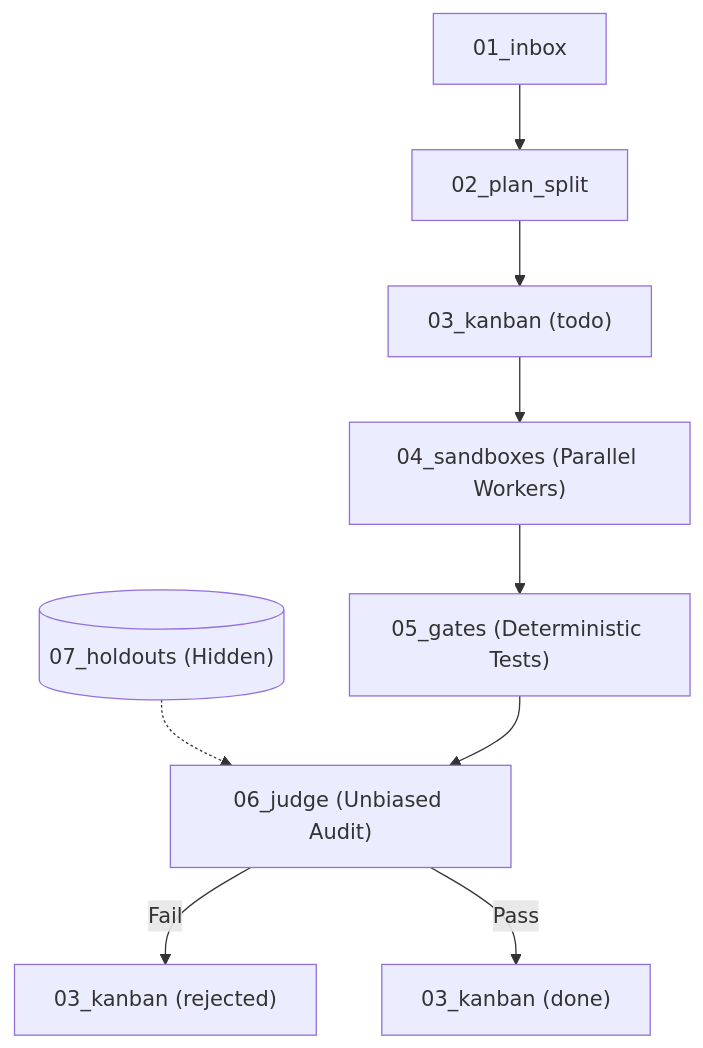
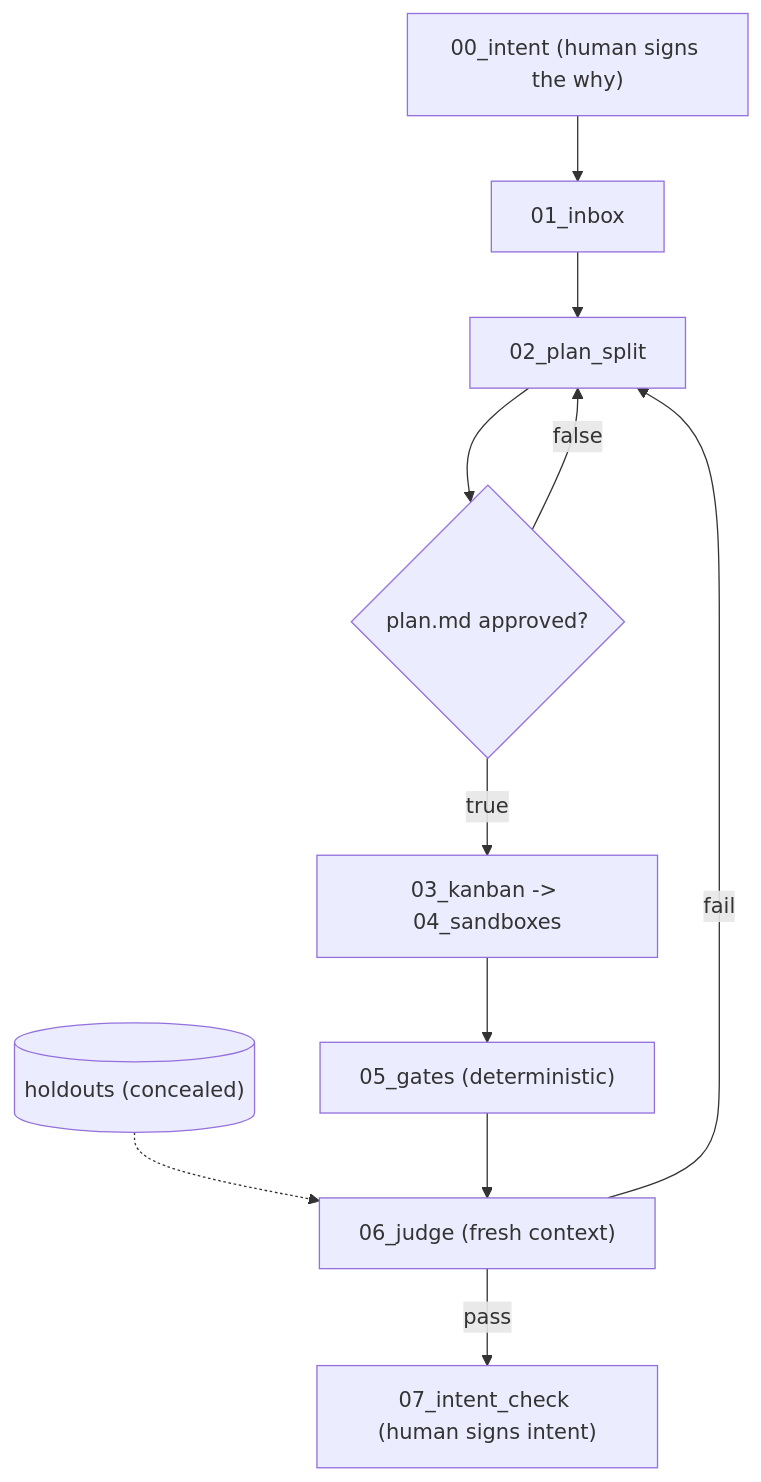
The diagram in icm-architect/assets/templates/agentic-factory/AGENTS.md (rodritimecoder/workstation-clis), drawn with Mermaid before and after one commit. The commit also changed other lines of this file and 20 other files, not shown here.

````diff
--- a/icm-architect/assets/templates/agentic-factory/AGENTS.md
+++ b/icm-architect/assets/templates/agentic-factory/AGENTS.md
@@ -6,11 +6,13 @@
 ```mermaid
 flowchart TD
-    Inbox["01_inbox"] --> Plan["02_plan_split"]
-    Plan --> Kanban["03_kanban (todo)"]
-    Kanban --> Sandboxes["04_sandboxes (Parallel Workers)"]
-    Sandboxes --> Gates["05_gates (Deterministic Tests)"]
-    Holdouts[("07_holdouts (Hidden)")] -.-> Judge
-    Gates --> Judge["06_judge (Unbiased Audit)"]
-    Judge -- "Fail" --> KanbanRejected["03_kanban (rejected)"]
-    Judge -- "Pass" --> KanbanDone["03_kanban (done)"]
+    Intent["00_intent (human signs the why)"] --> Inbox["01_inbox"]
+    Inbox --> Plan["02_plan_split"]
+    Plan --> Approve{"plan.md approved?"}
+    Approve -- "false" --> Plan
+    Approve -- "true" --> Build["03_kanban -> 04_sandboxes"]
+    Build --> Gates["05_gates (deterministic)"]
+    Holdouts[("holdouts (concealed)")] -.-> Judge
+    Gates --> Judge["06_judge (fresh context)"]
+    Judge -- "fail" --> Plan
+    Judge -- "pass" --> Check["07_intent_check (human signs intent)"]
 ```
````
